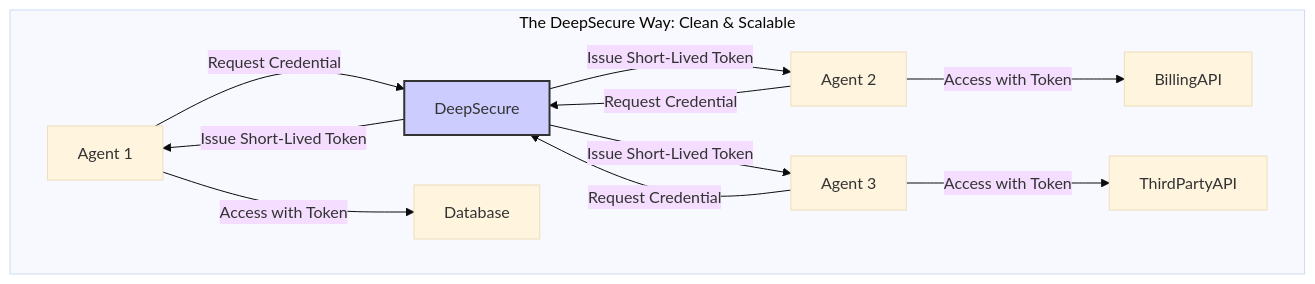
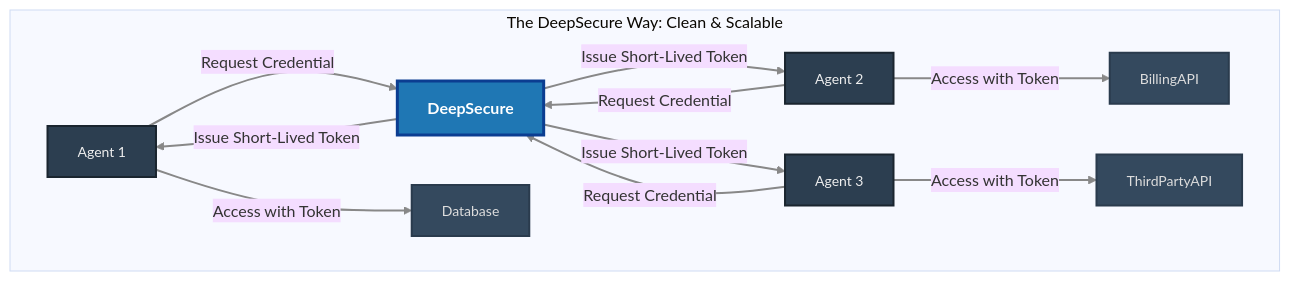
One commit to DeepTrail/deepsecure changed the second of 3 diagrams in README.md. Above: the diagram before and after it, drawn with Mermaid (base theme). The commit also changed other lines of this file, not shown here.

Commit message:
Update README.md mermaid diagrams

````diff
--- a/README.md
+++ b/README.md
@@ -179,18 +191,36 @@
 ```mermaid
 graph TD
+    classDef deepsecureNode fill:#1f77b4,stroke:#0b3d91,color:#fff,stroke-width:3px,font-weight:bold,font-size:16px;
+    classDef agentNode fill:#2c3e50,stroke:#1a252f,color:#eee,stroke-width:2px,font-size:14px;
+    classDef apiNode fill:#34495e,stroke:#2a3b4d,color:#ddd,stroke-width:2px,font-size:14px;
+
     subgraph "The DeepSecure Way: Clean & Scalable"
-        Agent1["Agent 1"] -->|"Request Credential"| DeepSecure
-        Agent2["Agent 2"] -->|"Request Credential"| DeepSecure
-        Agent3["Agent 3"] -->|"Request Credential"| DeepSecure
+        Agent1["Agent 1"]
+        Agent2["Agent 2"]
+        Agent3["Agent 3"]
+
+        DeepSecure["DeepSecure"]
+
+        Database["Database"]
+        BillingAPI["BillingAPI"]
+        ThirdPartyAPI["ThirdPartyAPI"]
+
+        Agent1 -->|"Request Credential"| DeepSecure
+        Agent2 -->|"Request Credential"| DeepSecure
+        Agent3 -->|"Request Credential"| DeepSecure
 
         DeepSecure -->|"Issue Short-Lived Token"| Agent1
         DeepSecure -->|"Issue Short-Lived Token"| Agent2
         DeepSecure -->|"Issue Short-Lived Token"| Agent3
 
         Agent1 -->|"Access with Token"| Database
         Agent2 -->|"Access with Token"| BillingAPI
         Agent3 -->|"Access with Token"| ThirdPartyAPI
 
-        style DeepSecure fill:#ccf,stroke:#333,stroke-width:2px
+        class DeepSecure deepsecureNode;
+        class Agent1,Agent2,Agent3 agentNode;
+        class Database,BillingAPI,ThirdPartyAPI apiNode;
     end
+
+    linkStyle default stroke:#888,stroke-width:2px;
 ```
````
